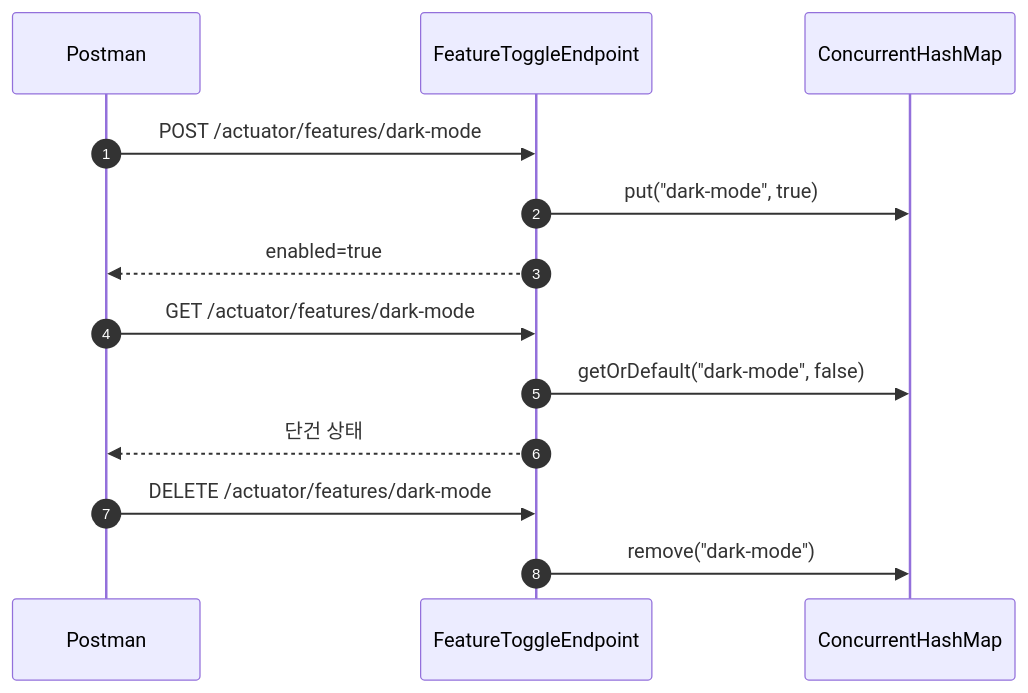
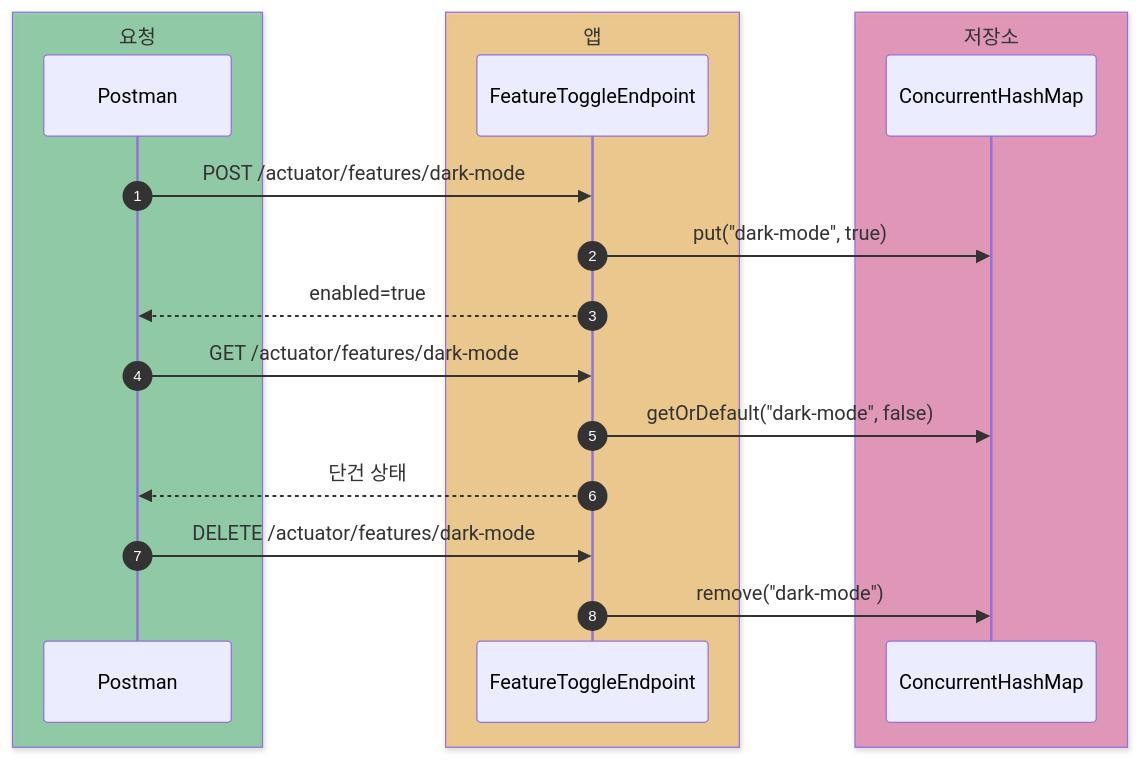
Diagram 13 of 13 in labs/spring-boot-actuator/README.md (HJC96/deep-dive), drawn with Mermaid before and after one commit. The commit also changed other lines of this file and 4 other files, not shown here.

````diff
--- a/labs/spring-boot-actuator/README.md
+++ b/labs/spring-boot-actuator/README.md
@@ -1582,15 +1693,25 @@
 ```mermaid
 sequenceDiagram
     autonumber
+
+    box rgba(22, 163, 74, 0.40) 요청
     participant Postman
+    end
+
+    box rgba(245, 158, 11, 0.40) 앱
     participant Endpoint as FeatureToggleEndpoint
+    end
+
+    box rgba(219, 39, 119, 0.40) 저장소
     participant Store as ConcurrentHashMap
+    end
+
     Postman->>Endpoint: POST /actuator/features/dark-mode
     Endpoint->>Store: put("dark-mode", true)
     Endpoint-->>Postman: enabled=true
     Postman->>Endpoint: GET /actuator/features/dark-mode
     Endpoint->>Store: getOrDefault("dark-mode", false)
     Endpoint-->>Postman: 단건 상태
     Postman->>Endpoint: DELETE /actuator/features/dark-mode
     Endpoint->>Store: remove("dark-mode")
 ```
````
